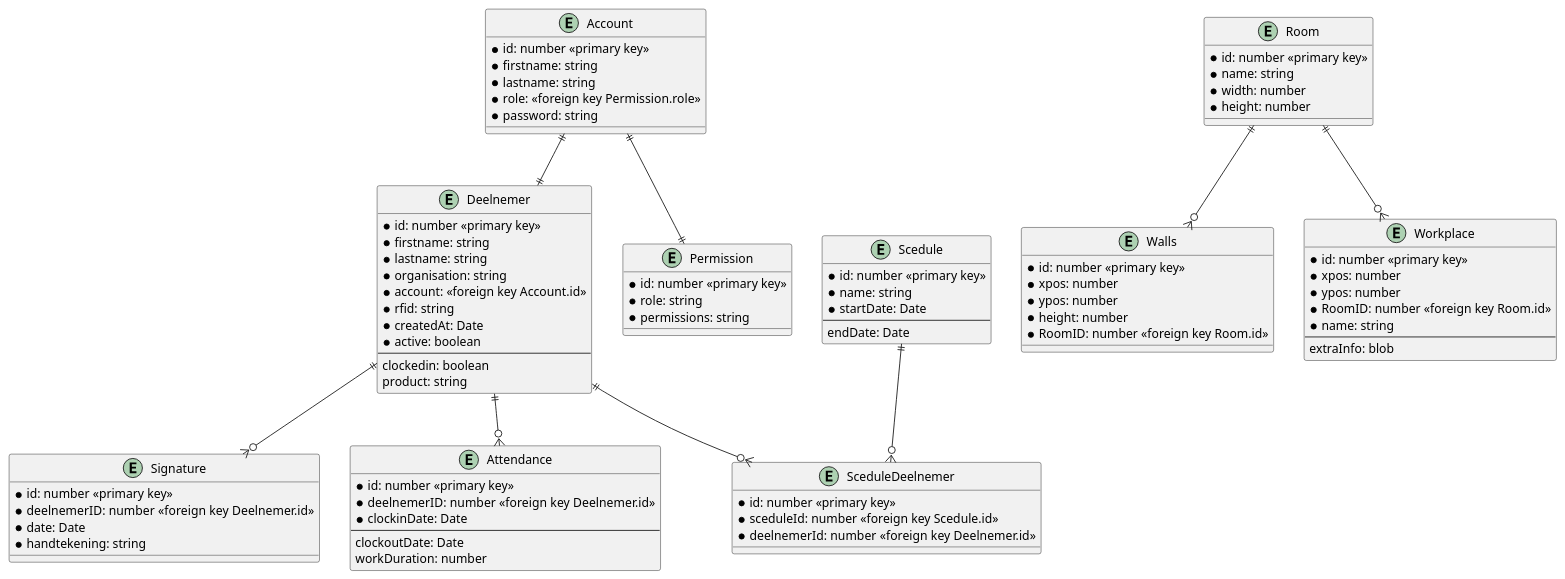
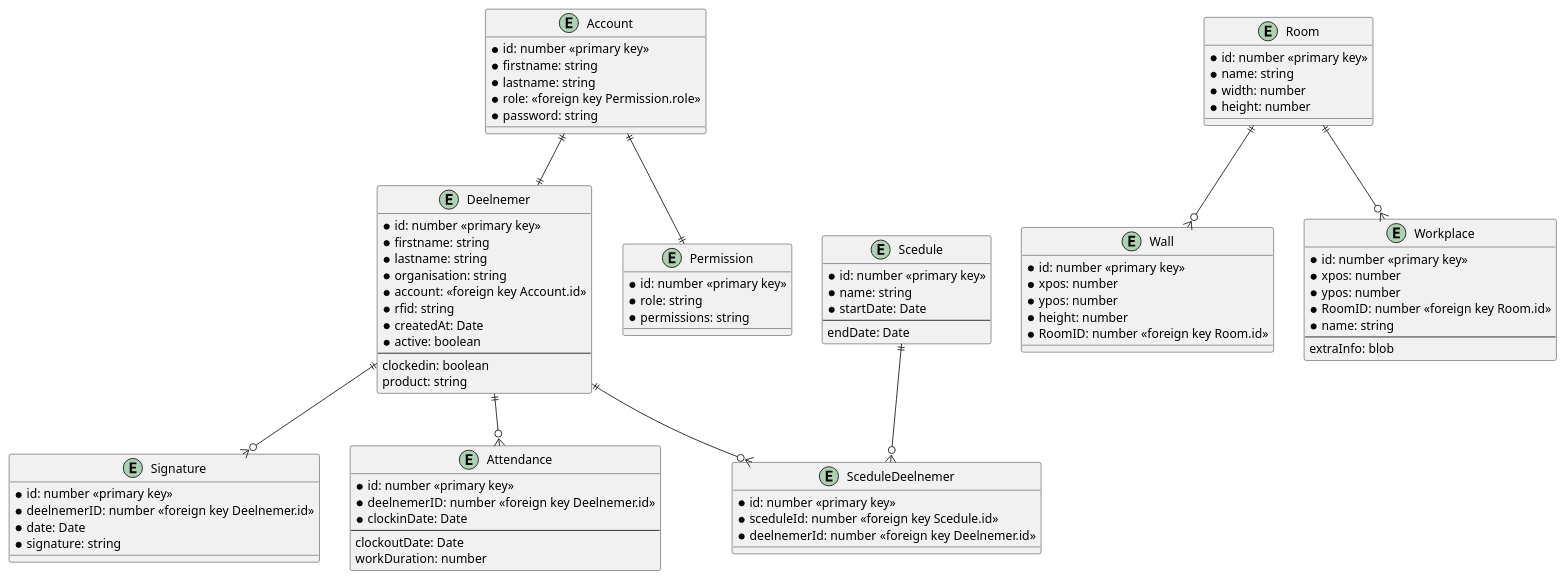
One commit to BitsEnBytesICT/Bits-Bytes-management-platform changed the diagram in documentation/databasemodel.plantuml. Above: the diagram before and after it, drawn with PlantUML. The commit also changed 7 other files, not shown here.

```diff
--- a/documentation/databasemodel.plantuml
+++ b/documentation/databasemodel.plantuml
@@ -1,94 +1,94 @@
 @startuml
 
 entity Account {
     * id: number <<primary key>>
     * firstname: string
     * lastname: string
     * role: <<foreign key Permission.role>>
     * password: string
 }
 
 entity Deelnemer {
     * id: number <<primary key>>
     * firstname: string
     * lastname: string
     * organisation: string
     * account: <<foreign key Account.id>>
     * rfid: string
     * createdAt: Date
     * active: boolean
     --
     clockedin: boolean
     product: string
 }
 
 entity Signature {
     * id: number <<primary key>>
     * deelnemerID: number <<foreign key Deelnemer.id>>
     * date: Date
-    * handtekening: string
+    * signature: string
 }
 
 entity Attendance {
     * id: number <<primary key>>
     * deelnemerID: number <<foreign key Deelnemer.id>>
     * clockinDate: Date
     --
     clockoutDate: Date
     workDuration: number
 }
 
 entity Permission {
     * id: number <<primary key>>
     * role: string
     * permissions: string
 }
 
 entity Room {
     * id: number <<primary key>>
     * name: string
     * width: number
     * height: number
 }
 
-entity Walls {
+entity Wall {
     * id: number <<primary key>>
     * xpos: number
     * ypos: number
     * height: number
     * RoomID: number <<foreign key Room.id>>
 }
 
 entity Workplace {
     * id: number <<primary key>>
     * xpos: number
     * ypos: number
     * RoomID: number <<foreign key Room.id>>
     * name: string
     --
     extraInfo: blob
 }
 
 entity Scedule {
     * id: number <<primary key>>
     * name: string
     * startDate: Date
     --
     endDate: Date
 }
 
 entity SceduleDeelnemer {
     * id: number <<primary key>>
     * sceduleId: number <<foreign key Scedule.id>>
     * deelnemerId: number <<foreign key Deelnemer.id>>
 }
 
 Account ||--|| Permission
 Account ||--|| Deelnemer
 Deelnemer ||--o{ Signature
 Deelnemer ||--o{ Attendance
 Deelnemer ||--o{ SceduleDeelnemer
 Scedule ||--o{ SceduleDeelnemer
-Room ||--o{ Walls
+Room ||--o{ Wall
 Room ||--o{ Workplace
 @enduml
```
